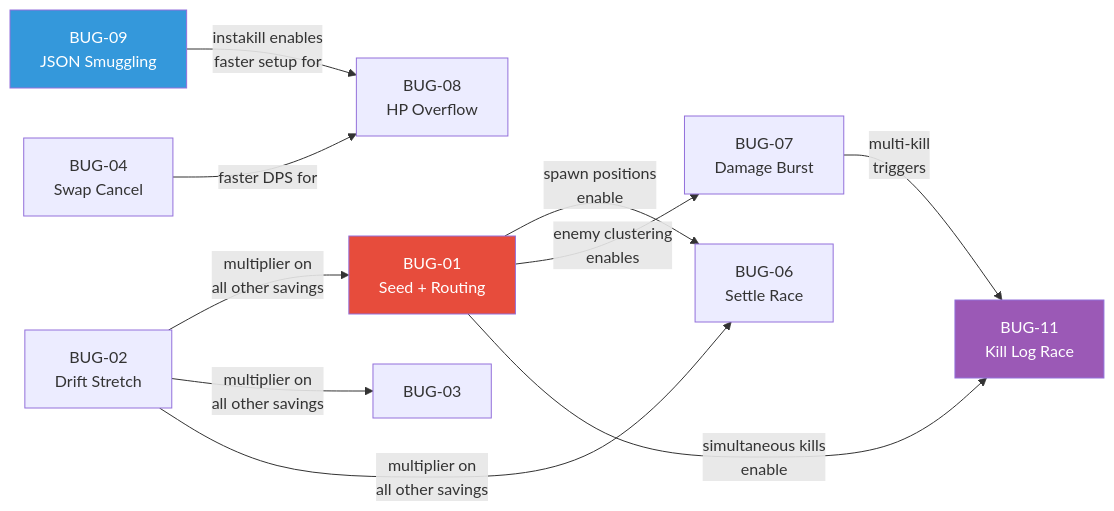
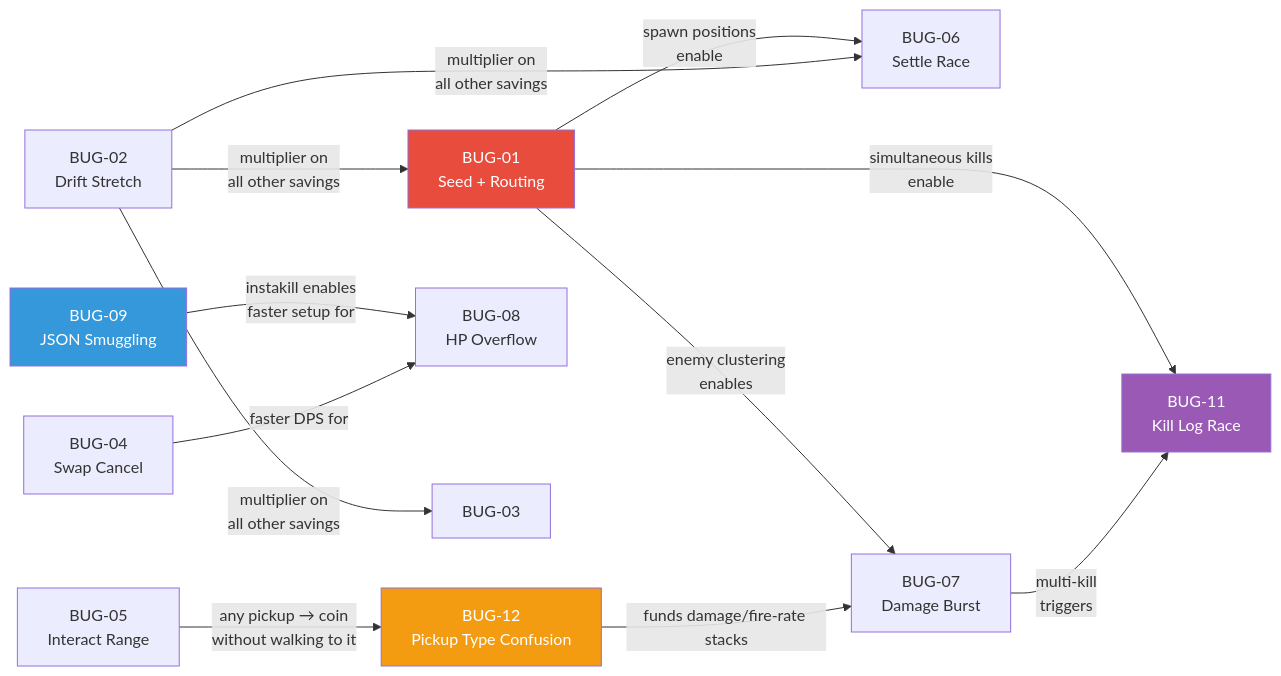
One commit to NUSGreyhats/dcsg-vibecat-404 changed the second of 2 diagrams in docs/specs/bugs.md. Above: the diagram before and after it, drawn with Mermaid. The commit also changed other lines of this file and 10 other files, not shown here.

````diff
--- a/docs/specs/bugs.md
+++ b/docs/specs/bugs.md
@@ -64,14 +65,17 @@
 ```mermaid
 graph LR
     B01["BUG-01<br/>Seed + Routing"] -->|"spawn positions<br/>enable"| B06["BUG-06<br/>Settle Race"]
     B01 -->|"enemy clustering<br/>enables"| B07["BUG-07<br/>Damage Burst"]
     B01 -->|"simultaneous kills<br/>enable"| B11["BUG-11<br/>Kill Log Race"]
     B07 -->|"multi-kill<br/>triggers"| B11
+    B05["BUG-05<br/>Interact Range"] -->|"any pickup → coin<br/>without walking to it"| B12["BUG-12<br/>Pickup Type Confusion"]
+    B12 -->|"funds damage/fire-rate stacks"| B07
     B09["BUG-09<br/>JSON Smuggling"] -->|"instakill enables<br/>faster setup for"| B08["BUG-08<br/>HP Overflow"]
     B04["BUG-04<br/>Swap Cancel"] -->|"faster DPS for"| B08
     B02["BUG-02<br/>Drift Stretch"] -->|"multiplier on<br/>all other savings"| B01 & B03["BUG-03"] & B06
 
     style B01 fill:#e74c3c,color:#fff
     style B11 fill:#9b59b6,color:#fff
     style B09 fill:#3498db,color:#fff
+    style B12 fill:#f39c12,color:#fff
 ```
````
